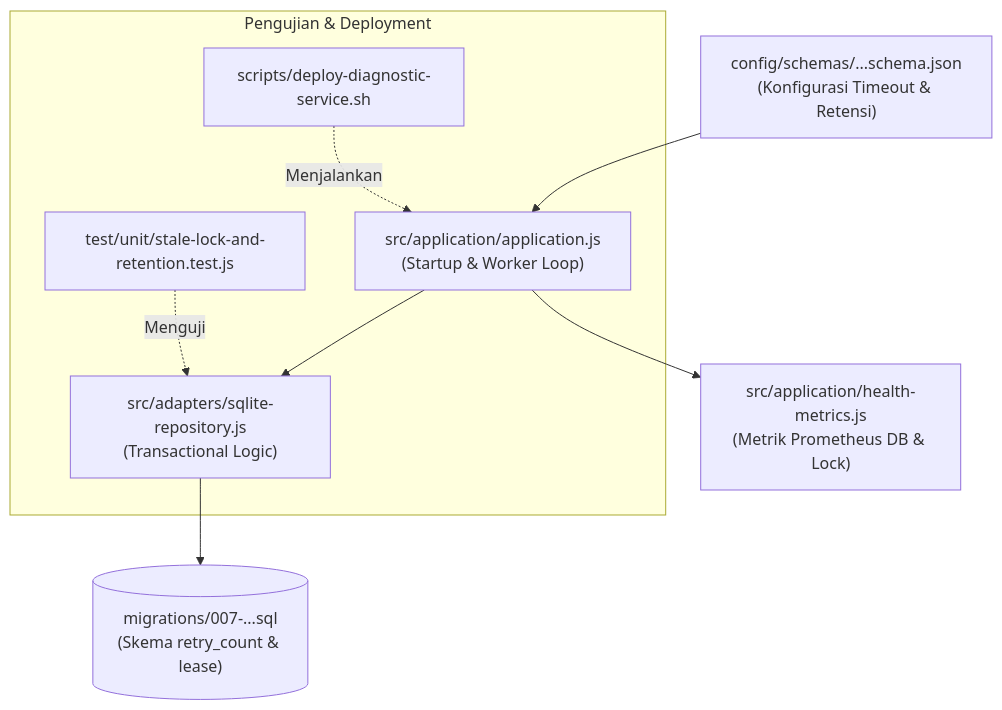
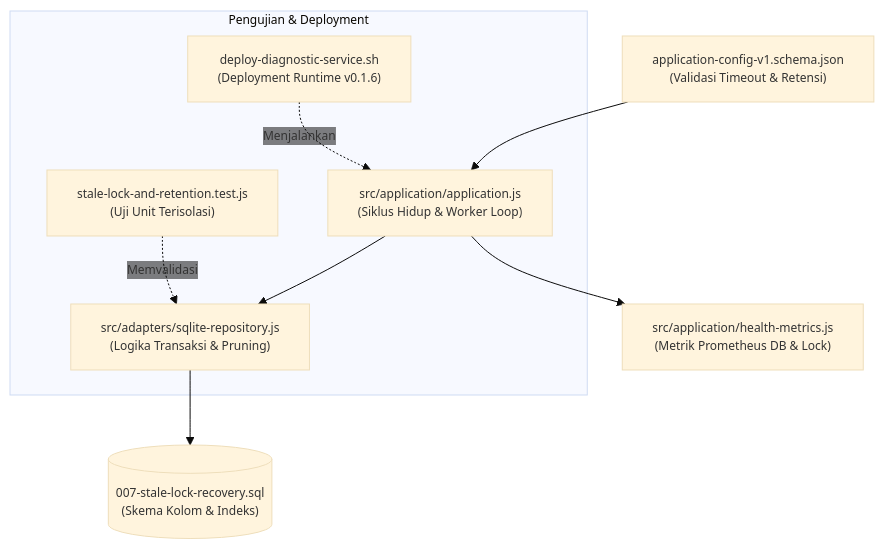
Before and after one commit to edkas07-oss/devops-handbook: the second of 2 diagrams in docs/projects/tomcat-monitoring/engineering-journal/monitoring-platform-integration/TN-007-implement-stale-lock-recovery-and-sqlite-state-resilience.md, drawn with Mermaid. The commit also changed other lines of this file and 1 other file, not shown here.

Commit message:
docs(journal): refine mermaid diagram layout and wrap labels to prevent box overflow

````diff
--- a/docs/projects/tomcat-monitoring/engineering-journal/monitoring-platform-integration/TN-007-implement-stale-lock-recovery-and-sqlite-state-resilience.md
+++ b/docs/projects/tomcat-monitoring/engineering-journal/monitoring-platform-integration/TN-007-implement-stale-lock-recovery-and-sqlite-state-resilience.md
@@ -385,12 +392,19 @@
 ```mermaid
+%%{init: {
+  'theme': 'base',
+  'themeVariables': {
+    'edgeLabelBackground': 'transparent',
+    'fontSize': '12px'
+  }
+}}%%
 flowchart TD
-    CONFIG["config/schemas/...schema.json<br/>(Konfigurasi Timeout & Retensi)"] --> APP["src/application/application.js<br/>(Startup & Worker Loop)"]
-    APP --> REPO["src/adapters/sqlite-repository.js<br/>(Transactional Logic)"]
-    REPO --> MIGRATION[("migrations/007-...sql<br/>(Skema retry_count & lease)")]
+    CONFIG["application-config-v1.schema.json<br/>(Validasi Timeout & Retensi)"] --> APP["src/application/application.js<br/>(Siklus Hidup & Worker Loop)"]
+    APP --> REPO["src/adapters/sqlite-repository.js<br/>(Logika Transaksi & Pruning)"]
+    REPO --> MIGRATION[("007-stale-lock-recovery.sql<br/>(Skema Kolom & Indeks)")]
     APP --> METRICS["src/application/health-metrics.js<br/>(Metrik Prometheus DB & Lock)"]
     
     subgraph VERIFICATION["Pengujian & Deployment"]
-        UNIT["test/unit/stale-lock-and-retention.test.js"] -. Menguji .-> REPO
-        DEPLOY["scripts/deploy-diagnostic-service.sh"] -. Menjalankan .-> APP
+        UNIT["stale-lock-and-retention.test.js<br/>(Uji Unit Terisolasi)"] -. Memvalidasi .-> REPO
+        DEPLOY["deploy-diagnostic-service.sh<br/>(Deployment Runtime v0.1.6)"] -. Menjalankan .-> APP
     end
 ```
````
